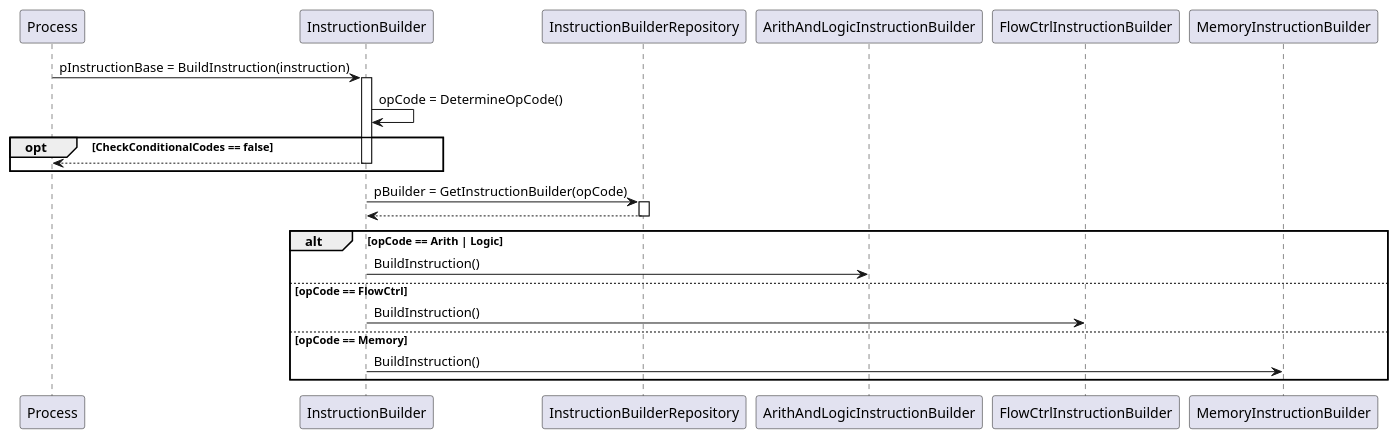
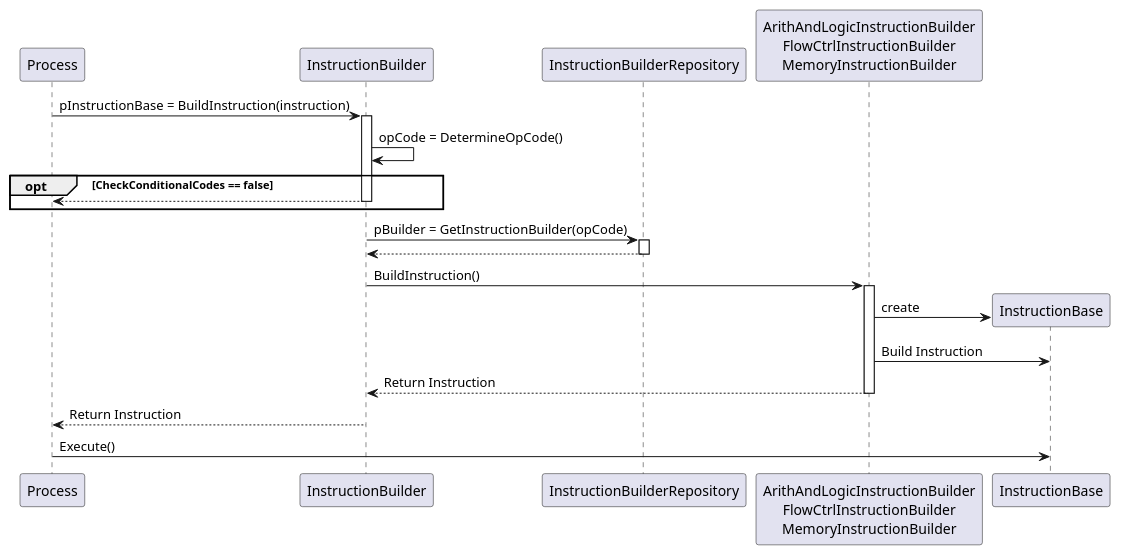
The first of 3 diagrams in docs/Instruction_Execution.md (KaravolisL/ARM-ISA-Simulator), drawn with PlantUML before and after one commit. The commit also changed other lines of this file and 1 other file, not shown here.

Commit message:
FlowCtrlInstruction hpp

````diff
--- a/docs/Instruction_Execution.md
+++ b/docs/Instruction_Execution.md
@@ -3,37 +3,33 @@
 ```plantuml
 @startuml
 
 participant Process
 participant InstructionBuilder as IB
 participant InstructionBuilderRepository as IBR
-participant ArithAndLogicInstructionBuilder as ALIB
-participant FlowCtrlInstructionBuilder as FCIB
-participant MemoryInstructionBuilder as MIB
-
+participant "ArithAndLogicInstructionBuilder\nFlowCtrlInstructionBuilder\nMemoryInstructionBuilder" as builders
+participant InstructionBase as base
 
 Process -> IB: pInstructionBase = BuildInstruction(instruction)
 activate IB
 
 IB -> IB: opCode = DetermineOpCode()
 
 opt CheckConditionalCodes == false
 return
 end
 
 IB -> IBR: pBuilder = GetInstructionBuilder(opCode)
 activate IBR
 return
 
-alt opCode == Arith | Logic
-IB -> ALIB: BuildInstruction()
+IB -> builders: BuildInstruction()
+activate builders
+builders -> base ** : create
+builders -> base: Build Instruction
+return Return Instruction
+IB --> Process: Return Instruction
 
-else opCode == FlowCtrl
-IB -> FCIB: BuildInstruction()
-
-else opCode == Memory
-IB -> MIB: BuildInstruction()
-
-end
+Process -> base: Execute()
 
 @enduml
 ```
````
